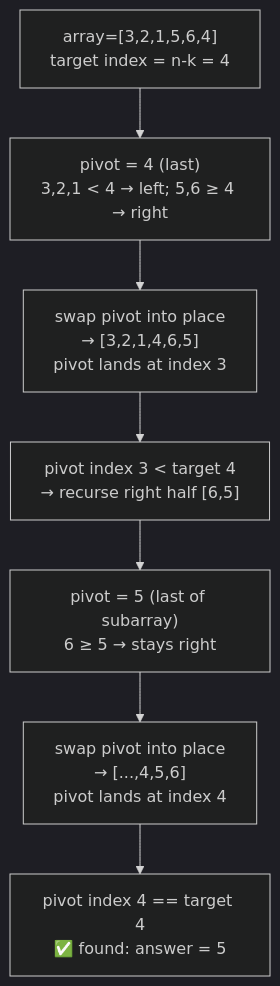
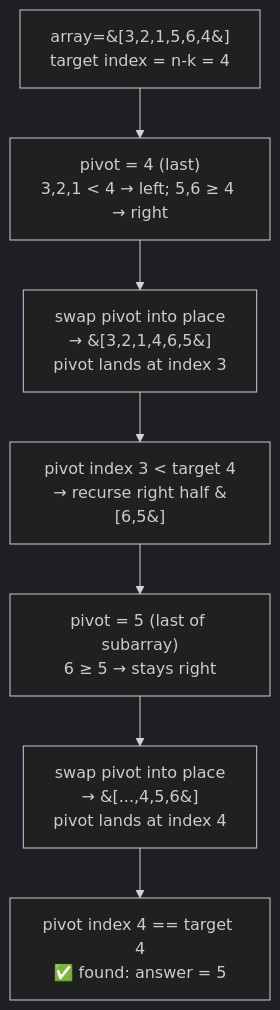
Before and after one commit to Aryan-Jadon18/dsa-placement-prep: the diagram in topics/09-heap-priority-queue/04-kth-largest-element-in-an-array/README.md, drawn with Mermaid (dark theme). The commit also changed 52 other files, not shown here.

First line of the commit message:
Fix Mermaid diagrams not rendering on GitHub

````diff
--- a/topics/09-heap-priority-queue/04-kth-largest-element-in-an-array/README.md
+++ b/topics/09-heap-priority-queue/04-kth-largest-element-in-an-array/README.md
@@ -77,11 +77,11 @@
 ```mermaid
 flowchart TD
-    A["array=[3,2,1,5,6,4]<br/>target index = n-k = 4"]
+    A["array=&#91;3,2,1,5,6,4&#93;<br/>target index = n-k = 4"]
     B["pivot = 4 (last)<br/>3,2,1 < 4 → left; 5,6 ≥ 4 → right"]
-    C["swap pivot into place<br/>→ [3,2,1,4,6,5]<br/>pivot lands at index 3"]
-    D["pivot index 3 < target 4<br/>→ recurse right half [6,5]"]
+    C["swap pivot into place<br/>→ &#91;3,2,1,4,6,5&#93;<br/>pivot lands at index 3"]
+    D["pivot index 3 < target 4<br/>→ recurse right half &#91;6,5&#93;"]
     E["pivot = 5 (last of subarray)<br/>6 ≥ 5 → stays right"]
-    F["swap pivot into place<br/>→ [...,4,5,6]<br/>pivot lands at index 4"]
+    F["swap pivot into place<br/>→ &#91;...,4,5,6&#93;<br/>pivot lands at index 4"]
     G["pivot index 4 == target 4<br/>✅ found: answer = 5"]
     A --> B --> C --> D --> E --> F --> G
 ```
````
